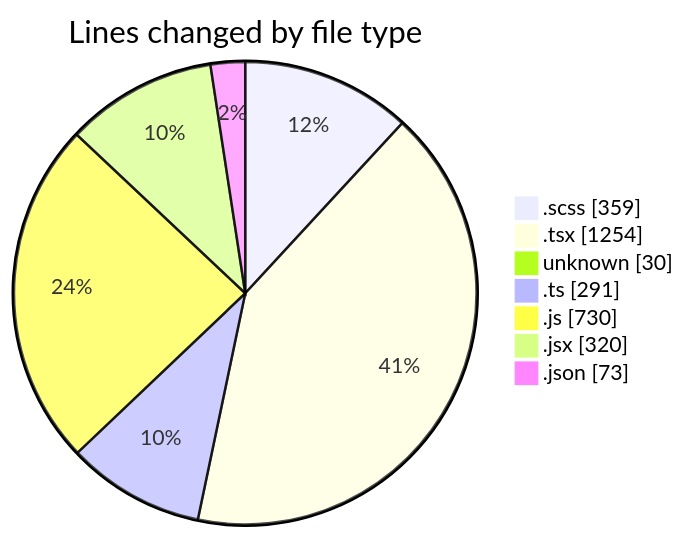
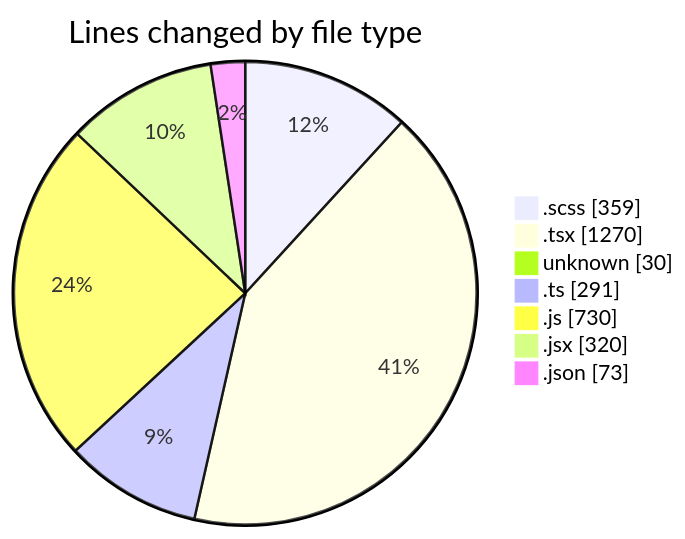
One commit to momahboobian/code-tracking changed the first of 2 diagrams in 2025-03-05/cda/README.md. Above: the diagram before and after it, drawn with Mermaid. The commit also changed other lines of this file and 1 other file, not shown here.

````diff
--- a/2025-03-05/cda/README.md
+++ b/2025-03-05/cda/README.md
@@ -45,11 +45,11 @@
 ```mermaid
 pie showData
 title Lines changed by file type
 ".scss" : 359
-".tsx" : 1254
+".tsx" : 1270
 "unknown" : 30
 ".ts" : 291
 ".js" : 730
 ".jsx" : 320
 ".json" : 73
 ```
````
